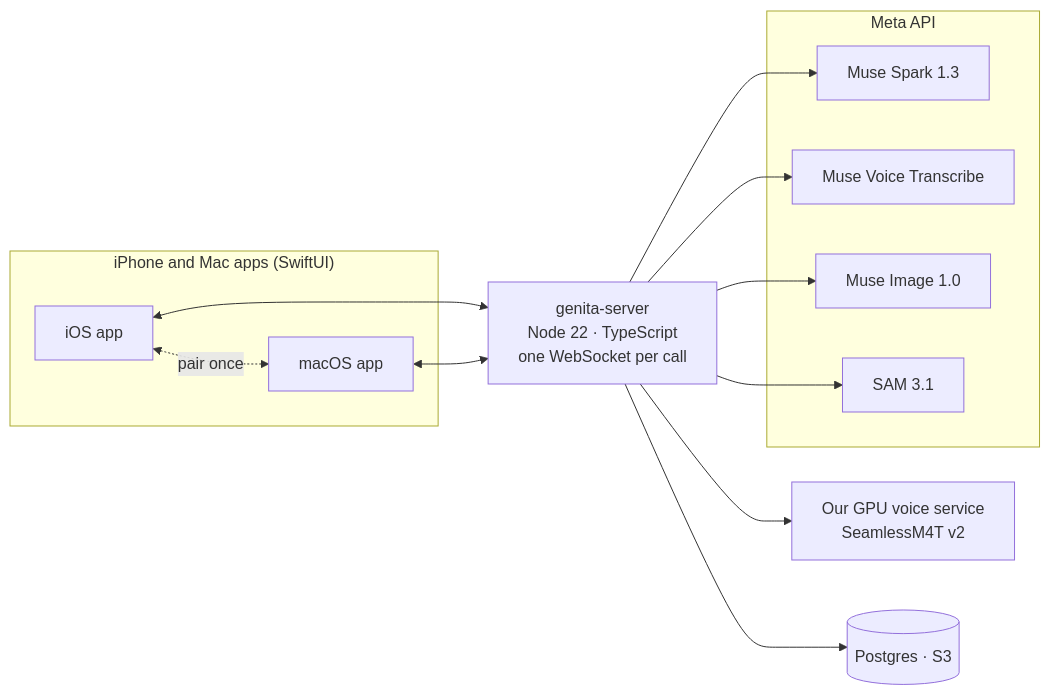
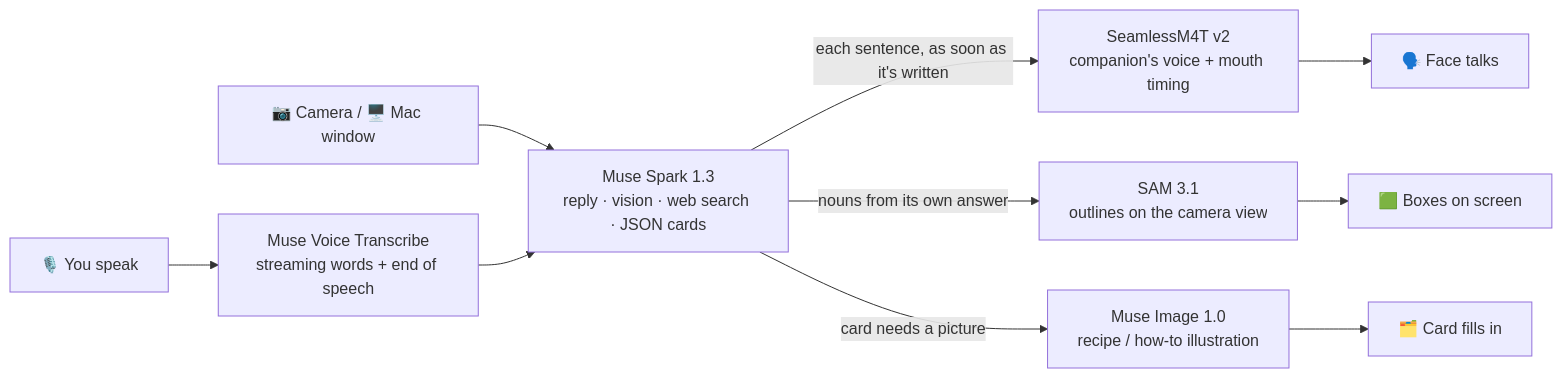
Before and after one commit to bagel-labs-beni/genita-hackathon: the diagram in README.md, drawn with Mermaid. The commit also changed other lines of this file, not shown here.

Commit message:
README: every feature on iPhone and Mac, and how Genita uses each Meta model

````diff
--- a/README.md
+++ b/README.md
@@ -80,25 +67,12 @@
 ```mermaid
 flowchart LR
-  subgraph Devices["iPhone and Mac apps (SwiftUI)"]
-    IOS["iOS app"]
-    MAC["macOS app"]
-  end
-  SRV["genita-server<br/>Node 22 · TypeScript<br/>one WebSocket per call"]
-  subgraph Meta["Meta API"]
-    SPARK["Muse Spark 1.3"]
-    ASR["Muse Voice Transcribe"]
-    IMG["Muse Image 1.0"]
-    SAM["SAM 3.1"]
-  end
-  GPU["Our GPU voice service<br/>SeamlessM4T v2"]
-  DB[("Postgres · S3")]
-  IOS <--> SRV
-  MAC <--> SRV
-  IOS <-. pair once .-> MAC
-  SRV --> ASR
-  SRV --> SPARK
-  SRV --> IMG
-  SRV --> SAM
-  SRV --> GPU
-  SRV --> DB
+  MIC["🎙️ You speak"] --> ASR["Muse Voice Transcribe<br/>streaming words + end of speech"]
+  CAM["📷 Camera / 🖥️ Mac window"] --> SPARK
+  ASR --> SPARK["Muse Spark 1.3<br/>reply · vision · web search · JSON cards"]
+  SPARK -->|"each sentence, as soon as it's written"| VOICE["SeamlessM4T v2<br/>companion's voice + mouth timing"]
+  SPARK -->|"nouns from its own answer"| SAM["SAM 3.1<br/>outlines on the camera view"]
+  SPARK -->|"card needs a picture"| IMG["Muse Image 1.0<br/>recipe / how-to illustration"]
+  VOICE --> OUT["🗣️ Face talks"]
+  SAM --> OUT2["🟩 Boxes on screen"]
+  IMG --> OUT3["🗂️ Card fills in"]
 ```
````
